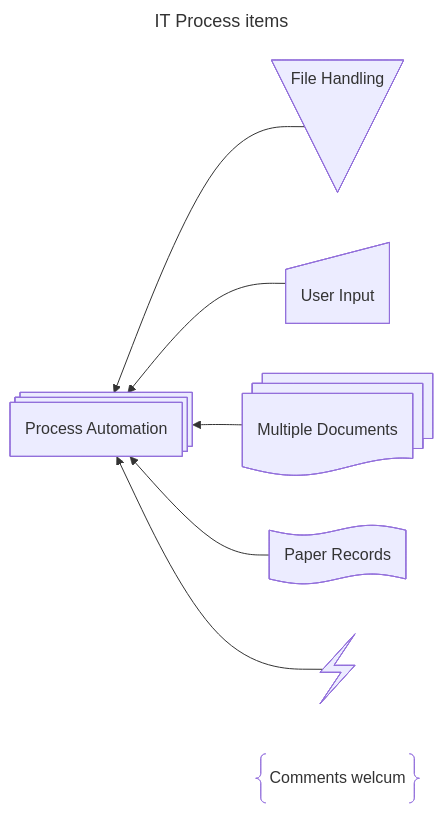
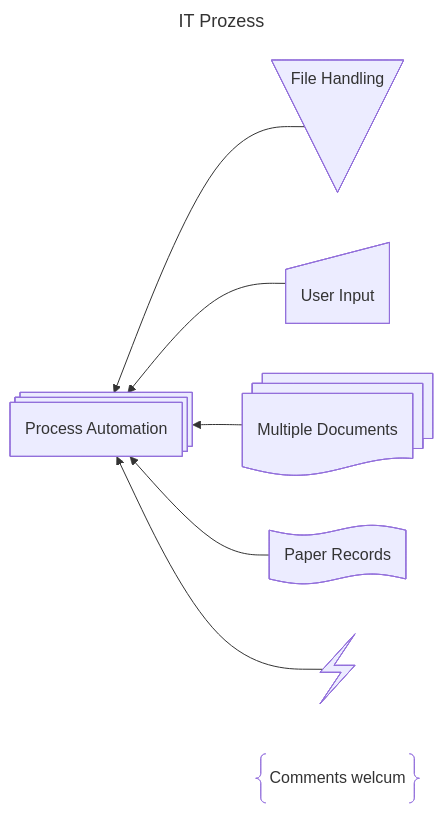
The diagram in src/basix/stuff.md (SchrodtSven/Langelinie), drawn with Mermaid before and after one commit. The commit also changed other lines of this file and 1 other file, not shown here.

Commit message:
Cleaning bot activated by PoE

````diff
--- a/src/basix/stuff.md
+++ b/src/basix/stuff.md
@@ -16,24 +16,24 @@
 ```mermaid
 ---
-title: IT Process items
+title: IT Prozess
 ---
 flowchart RL
     S@{ shape: bolt, label: "Communication link" }
     A@{ shape: manual-file, label: "File Handling"}
     B@{ shape: manual-input, label: "User Input"}
     C@{ shape: docs, label: "Multiple Documents"}
     
     E@{ shape: paper-tape, label: "Paper Records"}
 
     Co@{ shape: braces, label: "Comments welcum" }
 
 
     D@{ shape: procs, label: "Process Automation"}
 
     A --> D
     B --> D
     C --> D
     E --> D
     S --> D
 
 ```
````
